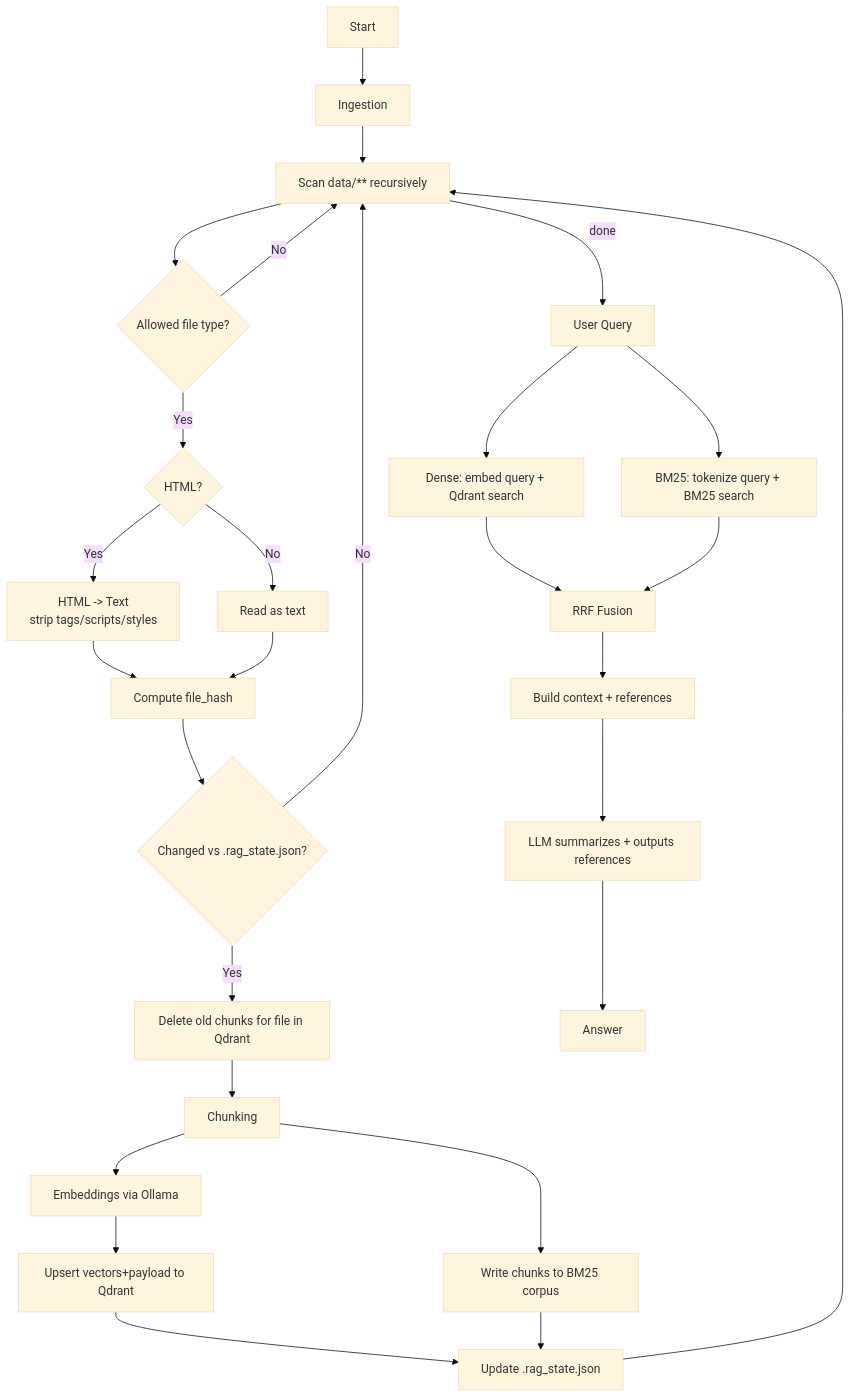
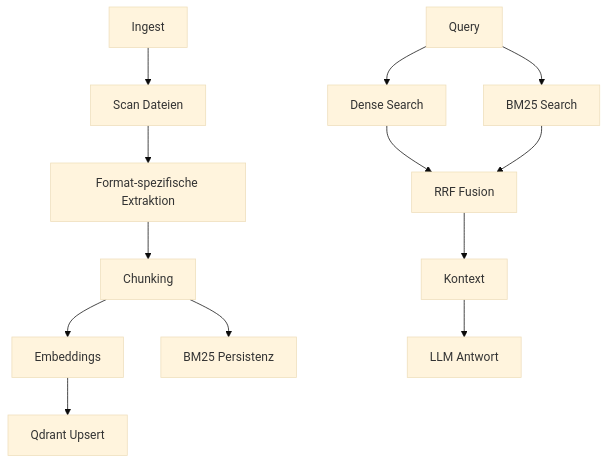
The second of 2 diagrams in README.md (mallox-de/rag-poc), drawn with Mermaid (base theme) before and after one commit. The commit also changed other lines of this file and 3 other files, not shown here.

````diff
--- a/README.md
+++ b/README.md
@@ -125,32 +306,16 @@
 ```mermaid
 flowchart TD
-  S[Start] --> ING[Ingestion]
-  ING --> SCAN[Scan data/** recursively]
-  SCAN --> FT{Allowed file type?}
-  FT -- No --> SCAN
-  FT -- Yes --> EX{HTML?}
-  EX -- Yes --> HT[HTML -> Text<br/>strip tags/scripts/styles]
-  EX -- No --> TX[Read as text]
+  ING[Ingest] --> SCAN[Scan Dateien]
+  SCAN --> PARSE[Format-spezifische Extraktion]
+  PARSE --> CHUNK[Chunking]
+  CHUNK --> EMB[Embeddings]
+  EMB --> QDR[Qdrant Upsert]
+  CHUNK --> BM25[BM25 Persistenz]
 
-  HT --> HSH[Compute file_hash]
-  TX --> HSH
-  HSH --> CHG{Changed vs .rag_state.json?}
-  CHG -- No --> SCAN
-  CHG -- Yes --> DEL[Delete old chunks for file in Qdrant]
-  DEL --> CHK[Chunking]
-  CHK --> EMB[Embeddings via Ollama]
-  EMB --> UPS[Upsert vectors+payload to Qdrant]
-  CHK --> BM[Write chunks to BM25 corpus]
-  UPS --> STS[Update .rag_state.json]
-  BM --> STS
-  STS --> SCAN
-
-  SCAN -->|done| Q[User Query]
-  Q --> DQ[Dense: embed query + Qdrant search]
-  Q --> BQ[BM25: tokenize query + BM25 search]
-  DQ --> FUS[RRF Fusion]
-  BQ --> FUS
-  FUS --> CTX[Build context + references]
-  CTX --> GEN[LLM summarizes + outputs references]
-  GEN --> END[Answer]
+  QUERY[Query] --> DENSE[Dense Search]
+  QUERY --> LEX[BM25 Search]
+  DENSE --> FUSE[RRF Fusion]
+  LEX --> FUSE
+  FUSE --> CTX[Kontext]
+  CTX --> LLM[LLM Antwort]
 ```
````
